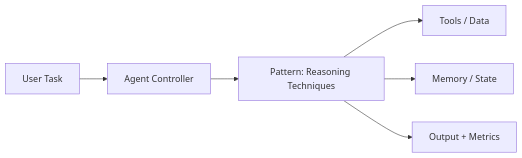
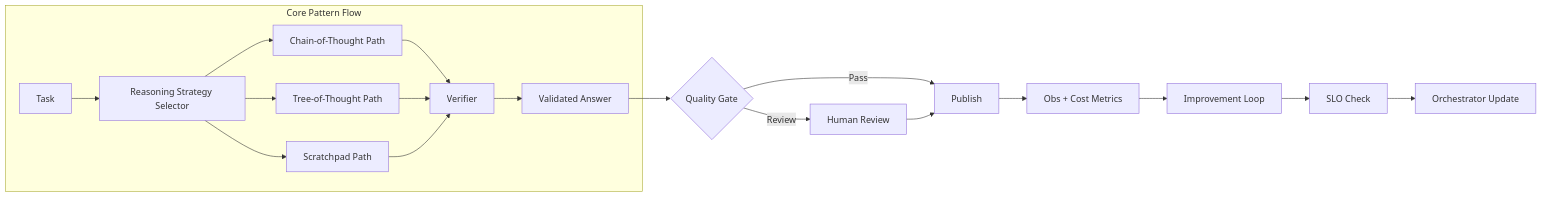
Before and after one commit to vivekreeves/agentic-design-patterns-lab: the diagram in notebooks/level_04_production_agent_systems/17_reasoning_techniques_architecture.md, drawn with Mermaid. The commit also changed 71 other files, not shown here.

````diff
--- a/notebooks/level_04_production_agent_systems/17_reasoning_techniques_architecture.md
+++ b/notebooks/level_04_production_agent_systems/17_reasoning_techniques_architecture.md
@@ -5,8 +5,21 @@
 ```mermaid
 flowchart LR
-  Q[User Task] --> A[Agent Controller]
-  A --> P[Pattern: Reasoning Techniques]
-  P --> T[Tools / Data]
-  P --> M[Memory / State]
-  P --> O[Output + Metrics]
+  subgraph CoreFlow[Core Pattern Flow]
+    T[Task] --> RS[Reasoning Strategy Selector]
+    RS --> COT[Chain-of-Thought Path]
+    RS --> TOT[Tree-of-Thought Path]
+    RS --> SCR[Scratchpad Path]
+    COT --> VER[Verifier]
+    TOT --> VER
+    SCR --> VER
+    VER --> O[Validated Answer]
+  end
+  O --> QG{Quality Gate}
+  QG -->|Pass| PUB[Publish]
+  QG -->|Review| HREV[Human Review]
+  HREV --> PUB
+  PUB --> OBS[Obs + Cost Metrics]
+  OBS --> LOOP[Improvement Loop]
+  LOOP --> SLO[SLO Check]
+  SLO --> ORCH[Orchestrator Update]
 ```
````
